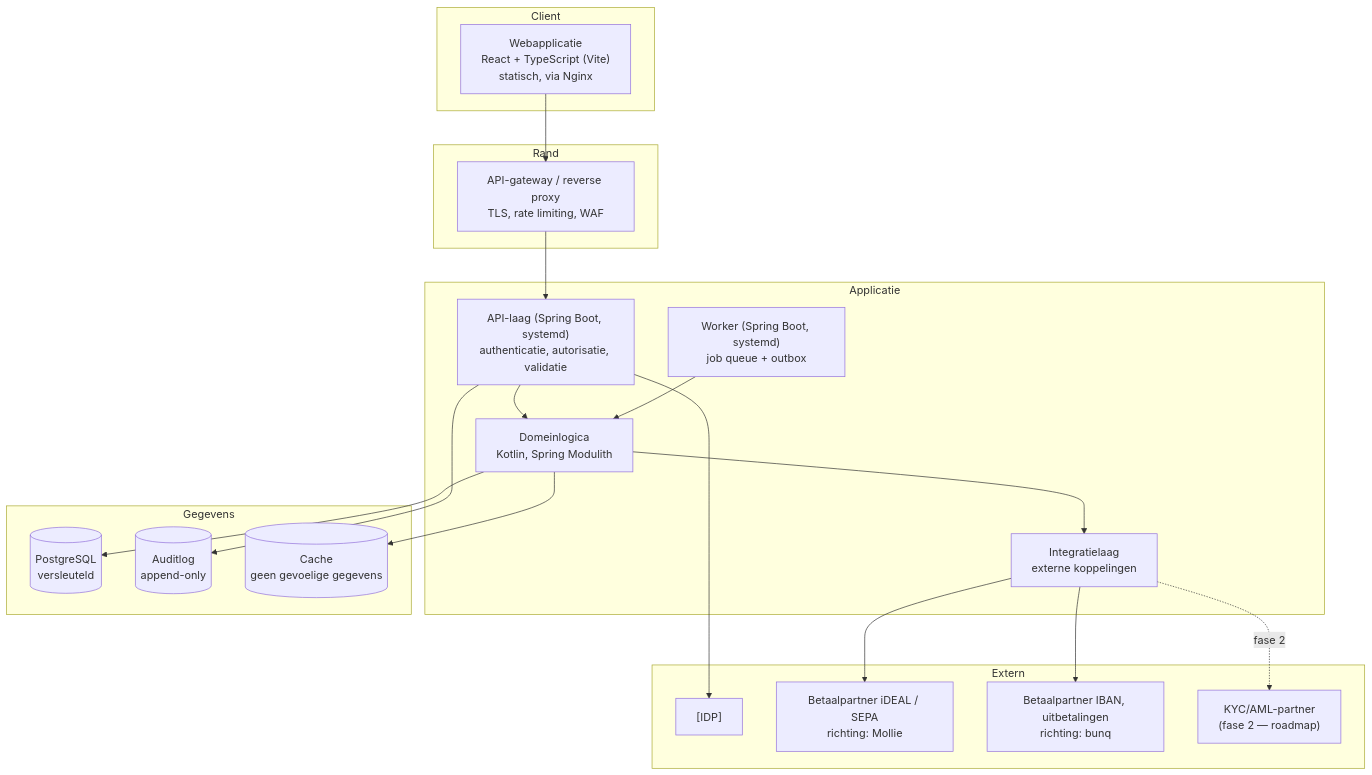
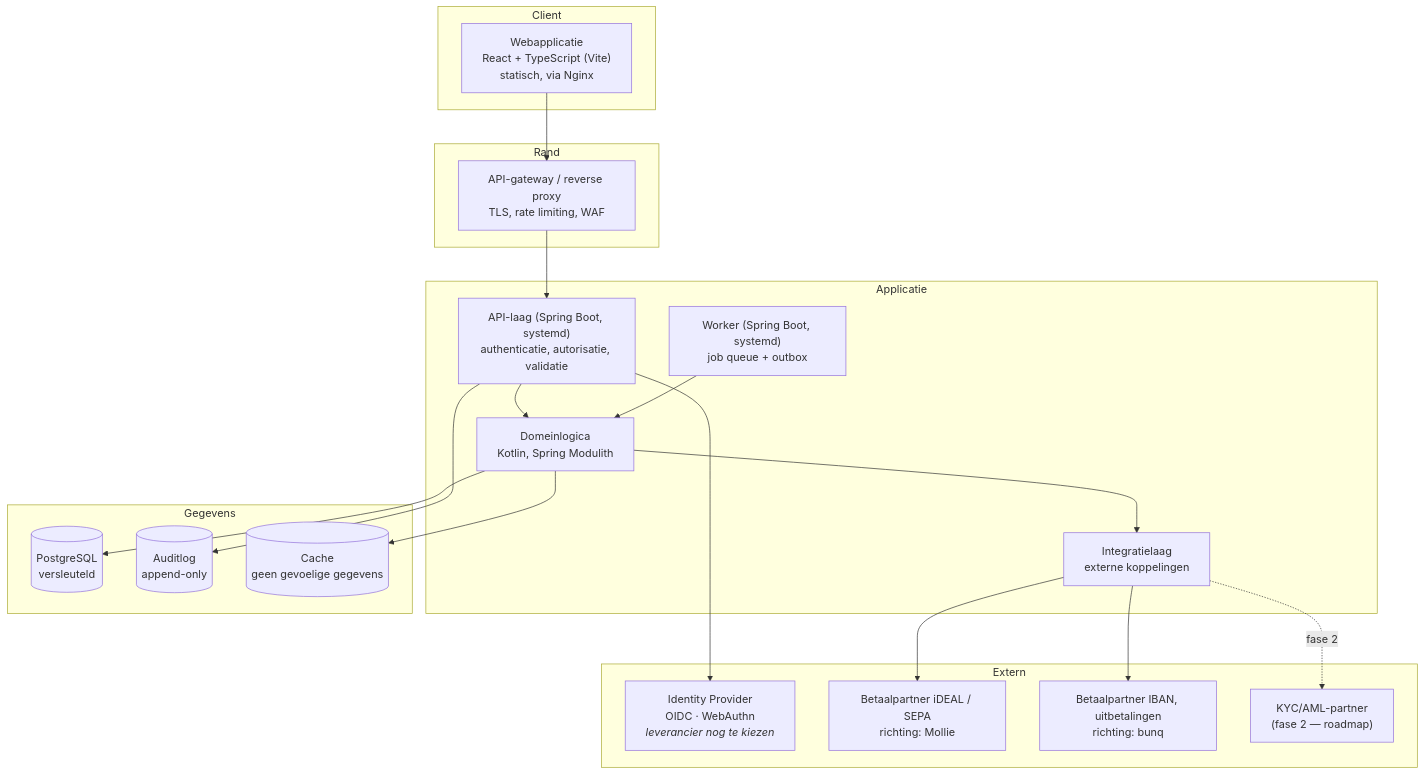
One commit to WildcatKSS/SolidYield changed the diagram in docs/architecture/architecture-overview.md. Above: the diagram before and after it, drawn with Mermaid. The commit also changed other lines of this file and 16 other files, not shown here.

````diff
--- a/docs/architecture/architecture-overview.md
+++ b/docs/architecture/architecture-overview.md
@@ -26,37 +26,37 @@
 ```mermaid
 graph TB
     subgraph client["Client"]
         WEB["Webapplicatie<br/>React + TypeScript (Vite)<br/>statisch, via Nginx"]
     end
     subgraph edge["Rand"]
         GW["API-gateway / reverse proxy<br/>TLS, rate limiting, WAF"]
     end
     subgraph app["Applicatie"]
         API["API-laag (Spring Boot, systemd)<br/>authenticatie, autorisatie, validatie"]
         DOM["Domeinlogica<br/>Kotlin, Spring Modulith"]
         INT["Integratielaag<br/>externe koppelingen"]
         JOB["Worker (Spring Boot, systemd)<br/>job queue + outbox"]
     end
     subgraph data["Gegevens"]
         DB[("PostgreSQL<br/>versleuteld")]
         AUD[("Auditlog<br/>append-only")]
         CACHE[("Cache<br/>geen gevoelige gegevens")]
     end
     subgraph ext["Extern"]
-        IDP["[IDP]"]
+        IDP["Identity Provider<br/>OIDC · WebAuthn<br/><i>leverancier nog te kiezen</i>"]
         MOL["Betaalpartner iDEAL / SEPA<br/>richting: Mollie"]
         BUNQ["Betaalpartner IBAN, uitbetalingen<br/>richting: bunq"]
         KYCP["KYC/AML-partner<br/>(fase 2 — roadmap)"]
     end
 
     WEB --> GW --> API
     API --> DOM --> DB
     API --> AUD
     DOM --> INT
     INT --> MOL
     INT --> BUNQ
     INT -.fase 2.-> KYCP
     API --> IDP
     JOB --> DOM
     DOM --> CACHE
 ```
````
